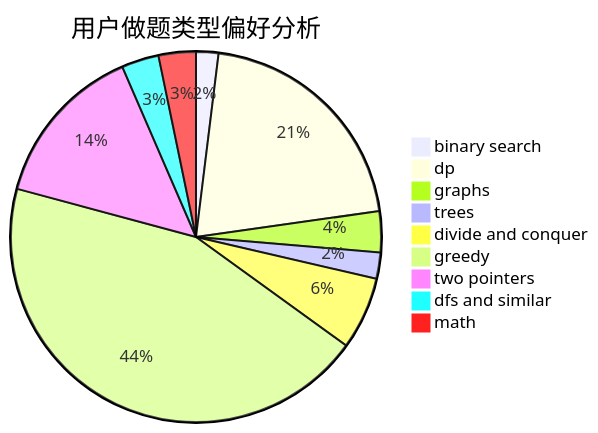
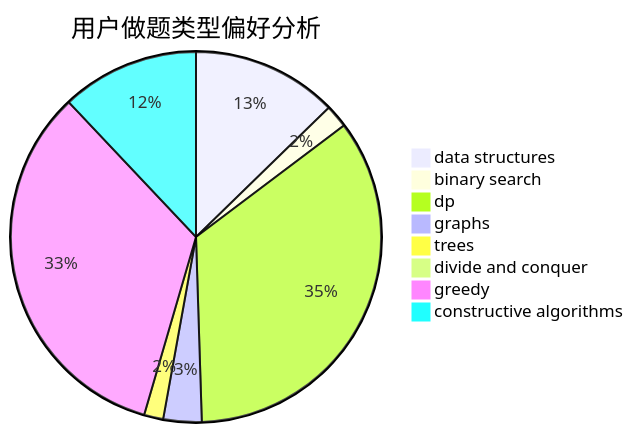
Before and after one commit to sherpahu/cfrs.github.io: the second of 3 diagrams in docs/user/u2583.md, drawn with Mermaid. The commit also changed other lines of this file and 2775 other files, not shown here.

````diff
--- a/docs/user/u2583.md
+++ b/docs/user/u2583.md
@@ -23,12 +23,11 @@
 ```mermaid
 pie title 用户做题类型偏好分析
-    "binary search" :  12
-    "dp" :  128
-    "graphs" :  22
-    "trees" :  14
-    "divide and conquer" :  39
-    "greedy" :  272
-    "two pointers" :  88
-    "dfs and similar" :  20
-    "math" :  20
+    "data structures" :  38
+    "binary search" :  6
+    "dp" :  104
+    "graphs" :  10
+    "trees" :  5
+    "divide and conquer" :  0
+    "greedy" :  100
+    "constructive algorithms" :  36
 ```
````
